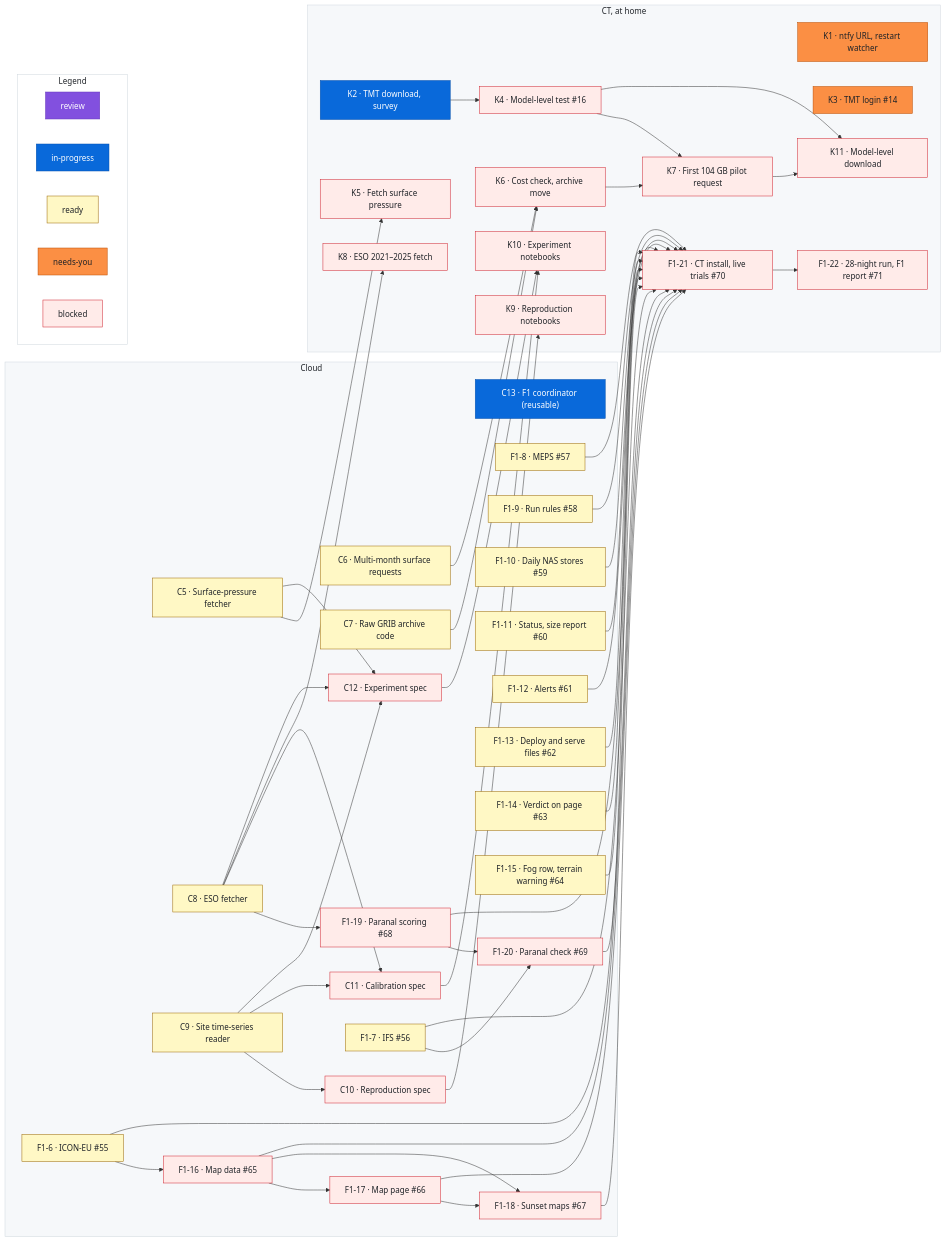
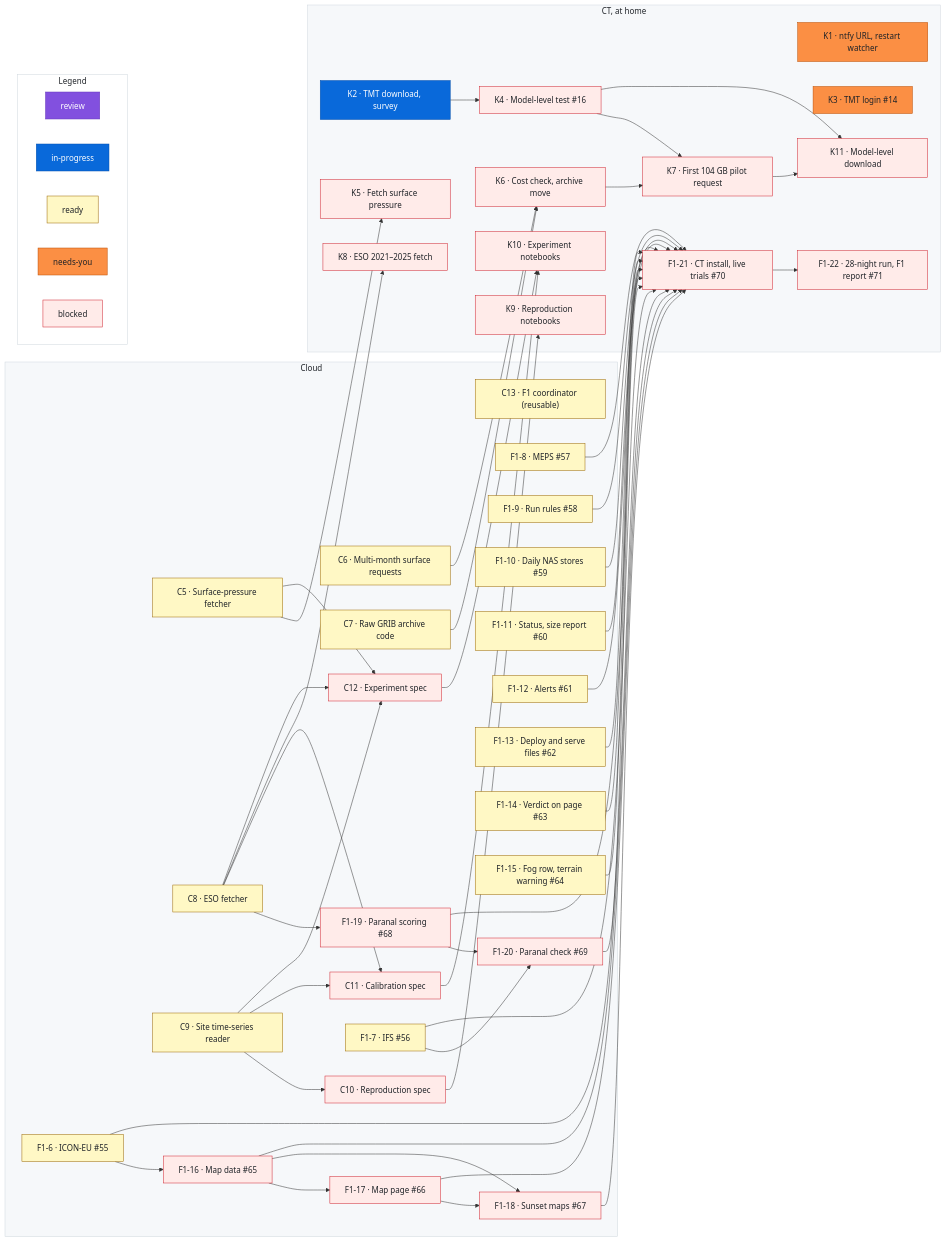
The diagram in docs/roadmap.md (rrweller/Astro-seeing), drawn with Mermaid before and after one commit. The commit also changed other lines of this file, not shown here.

Commit message:
roadmap: C13 in-progress → ready

```diff
--- a/docs/roadmap.md
+++ b/docs/roadmap.md
@@ -211,7 +211,7 @@
   %% ---
   class C12 blocked
   %% ---
-  class C13 inprogress
+  class C13 ready
   %% ---
   class F1_6 ready
   %% ---
```
